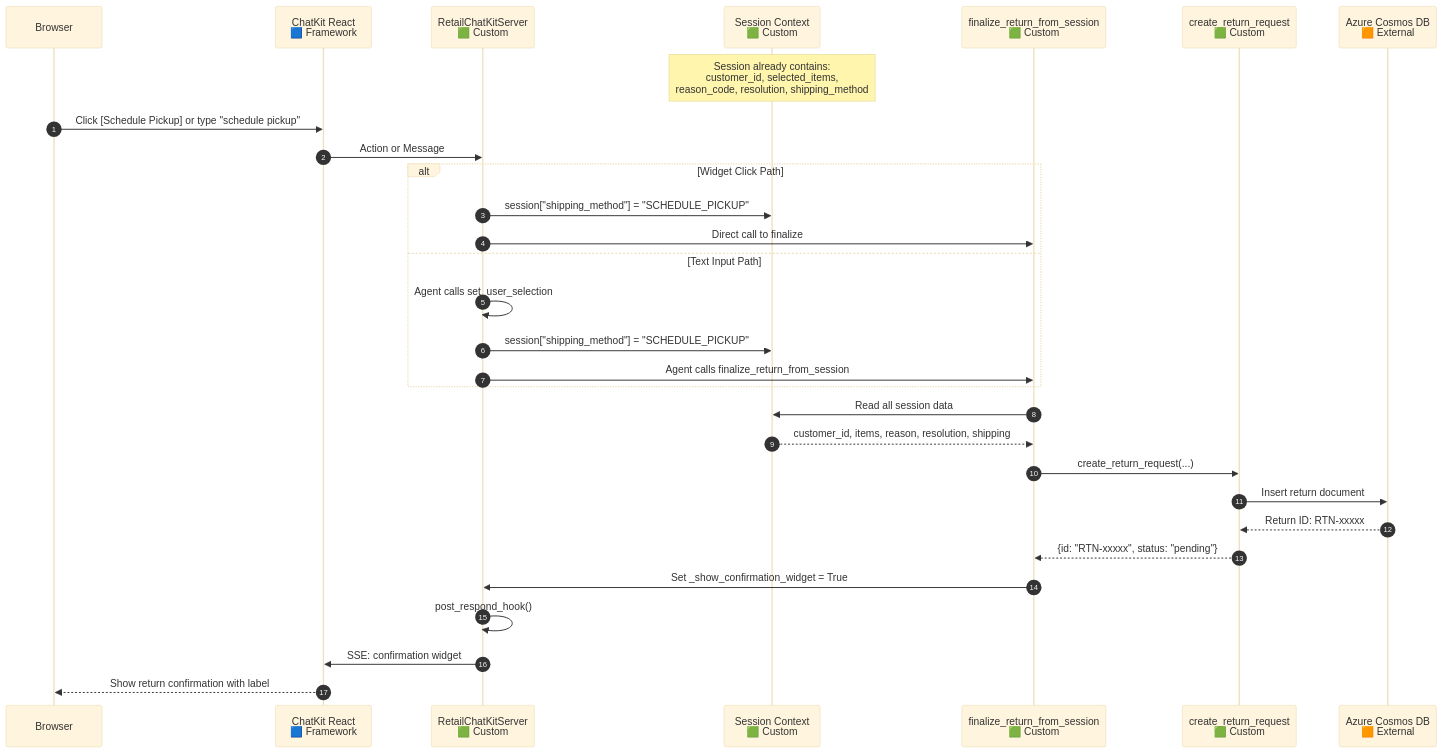
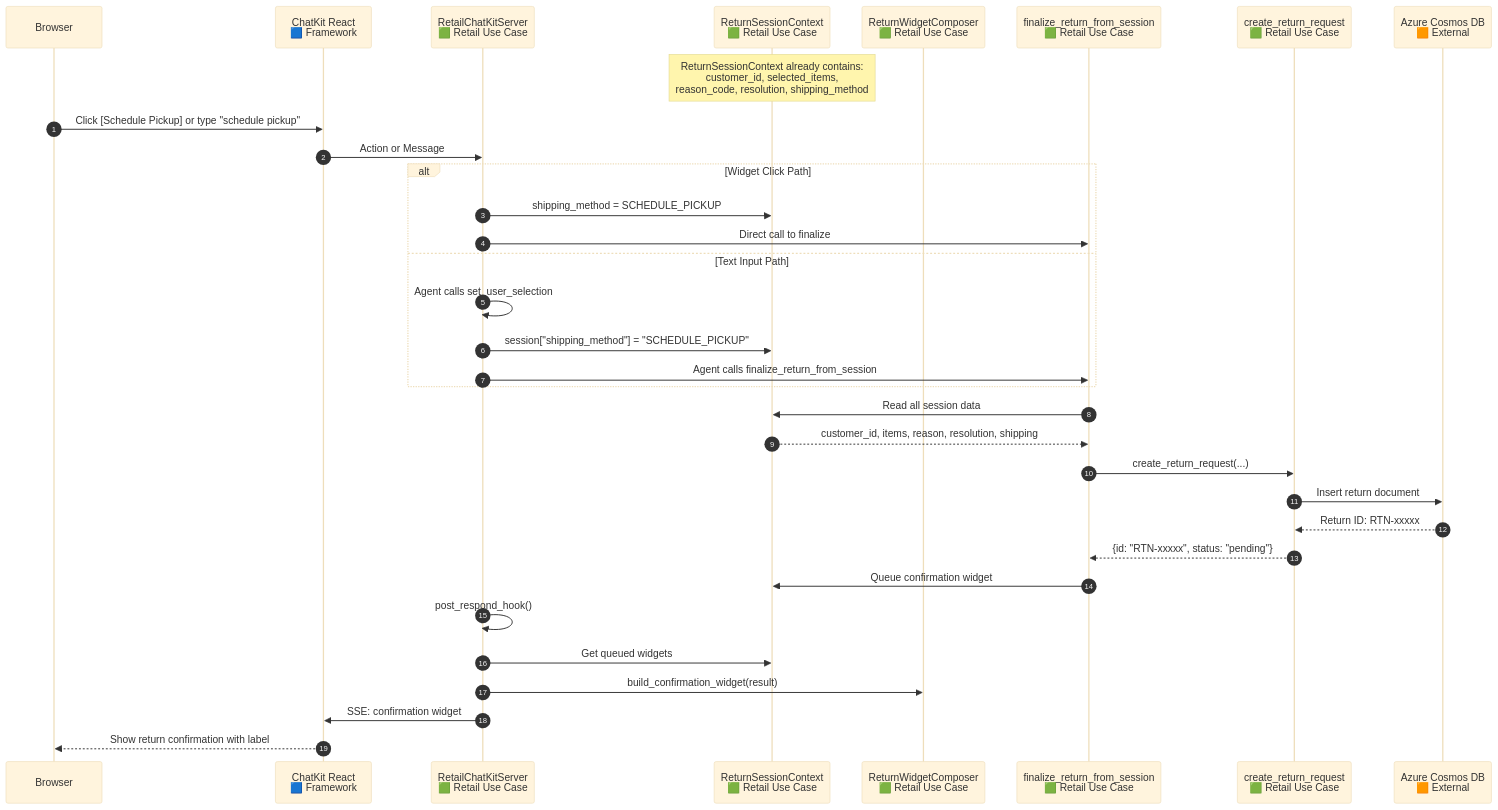
Before and after one commit to MSFT-Innovation-Hub-India/Chatkit-Order-Return-Sample: the eighth of 12 diagrams in docs/DIAGRAMS.md, drawn with Mermaid (base theme). The commit also changed other lines of this file and 26 other files, not shown here.

````diff
--- a/docs/DIAGRAMS.md
+++ b/docs/DIAGRAMS.md
@@ -518,39 +636,42 @@
 ```mermaid
 sequenceDiagram
     autonumber
     
     participant Browser
     participant ChatKitReact as ChatKit React<br/>🟦 Framework
-    participant RetailServer as RetailChatKitServer<br/>🟩 Custom
-    participant SessionCtx as Session Context<br/>🟩 Custom
-    participant FinalizeTools as finalize_return_from_session<br/>🟩 Custom
-    participant RetailTools as create_return_request<br/>🟩 Custom
+    participant RetailServer as RetailChatKitServer<br/>🟩 Retail Use Case
+    participant SessionCtx as ReturnSessionContext<br/>🟩 Retail Use Case
+    participant WidgetComposer as ReturnWidgetComposer<br/>🟩 Retail Use Case
+    participant FinalizeTools as finalize_return_from_session<br/>🟩 Retail Use Case
+    participant RetailTools as create_return_request<br/>🟩 Retail Use Case
     participant CosmosDB as Azure Cosmos DB<br/>🟧 External
 
-    Note over SessionCtx: Session already contains:<br/>customer_id, selected_items,<br/>reason_code, resolution, shipping_method
+    Note over SessionCtx: ReturnSessionContext already contains:<br/>customer_id, selected_items,<br/>reason_code, resolution, shipping_method
 
     Browser->>ChatKitReact: Click [Schedule Pickup] or type "schedule pickup"
     ChatKitReact->>RetailServer: Action or Message
     
     alt Widget Click Path
-        RetailServer->>SessionCtx: session["shipping_method"] = "SCHEDULE_PICKUP"
+        RetailServer->>SessionCtx: shipping_method = SCHEDULE_PICKUP
         RetailServer->>FinalizeTools: Direct call to finalize
     else Text Input Path
         RetailServer->>RetailServer: Agent calls set_user_selection
         RetailServer->>SessionCtx: session["shipping_method"] = "SCHEDULE_PICKUP"
         RetailServer->>FinalizeTools: Agent calls finalize_return_from_session
     end
     
     FinalizeTools->>SessionCtx: Read all session data
     SessionCtx-->>FinalizeTools: customer_id, items, reason, resolution, shipping
     
     FinalizeTools->>RetailTools: create_return_request(...)
     RetailTools->>CosmosDB: Insert return document
     CosmosDB-->>RetailTools: Return ID: RTN-xxxxx
     RetailTools-->>FinalizeTools: {id: "RTN-xxxxx", status: "pending"}
     
-    FinalizeTools->>RetailServer: Set _show_confirmation_widget = True
+    FinalizeTools->>SessionCtx: Queue confirmation widget
     RetailServer->>RetailServer: post_respond_hook()
+    RetailServer->>SessionCtx: Get queued widgets
+    RetailServer->>WidgetComposer: build_confirmation_widget(result)
     RetailServer->>ChatKitReact: SSE: confirmation widget
     ChatKitReact-->>Browser: Show return confirmation with label
 ```
````
